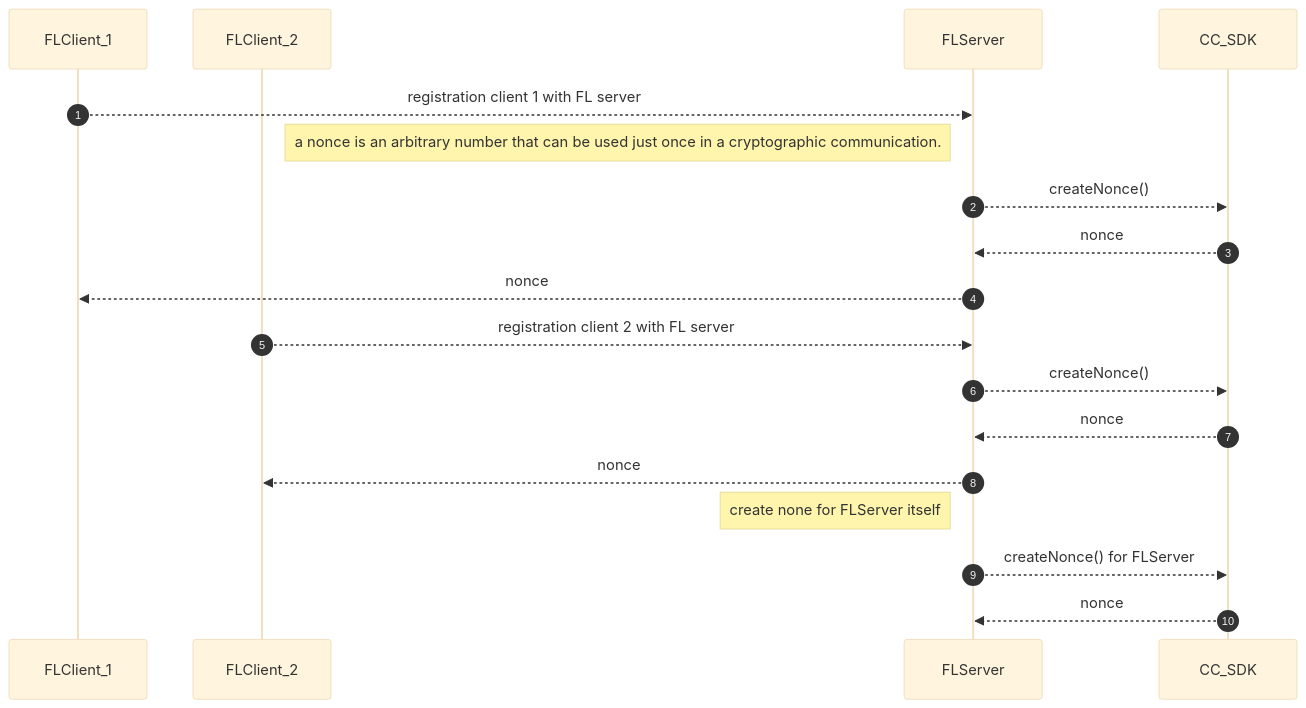
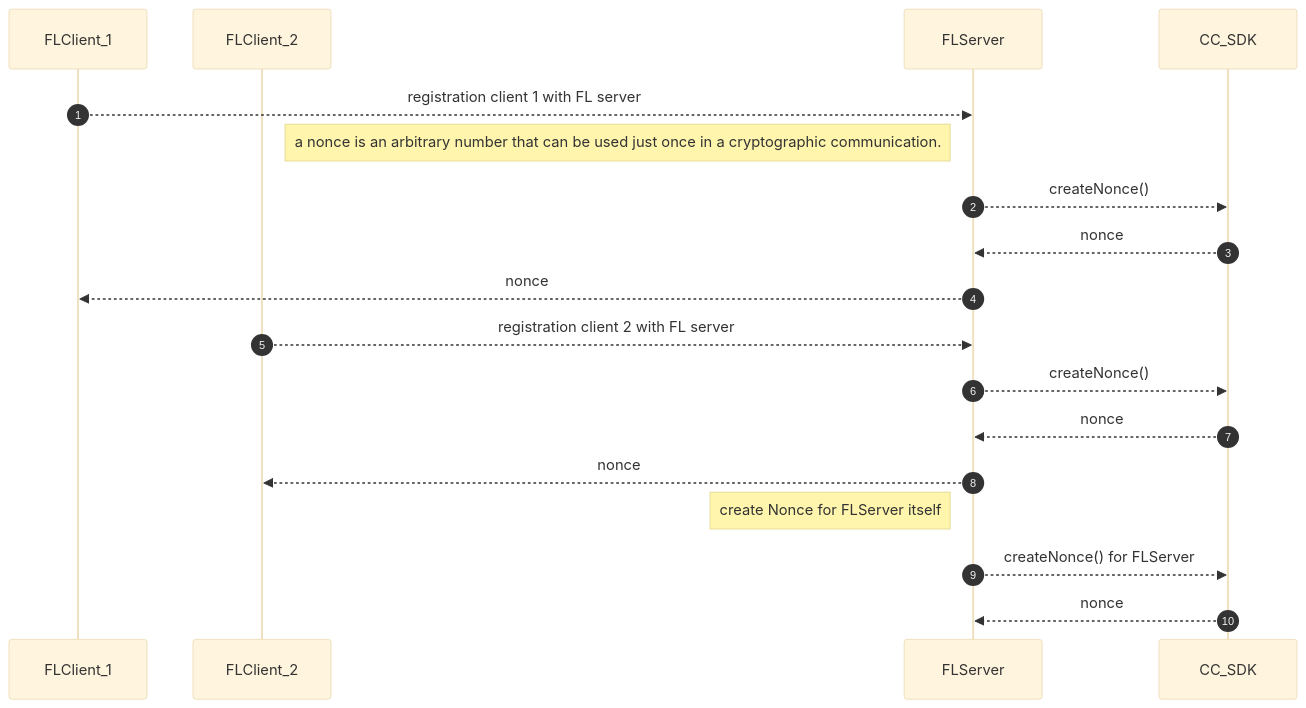
Before and after one commit to hitesh-ag1/NVFlare: the fourth of 5 diagrams in docs/confidential_computing/detailed_cc_sequence_diagram.md, drawn with Mermaid (base theme).

Commit message:
Sequence diagram for CC

````diff
--- a/docs/confidential_computing/detailed_cc_sequence_diagram.md
+++ b/docs/confidential_computing/detailed_cc_sequence_diagram.md
@@ -78,24 +78,24 @@
 ```mermaid
 sequenceDiagram
    autonumber
     participant FLClient_1
     participant FLClient_2
     participant FLServer
     participant CC_SDK
  
     FLClient_1 -->> FLServer: registration client 1 with FL server
     Note left of FLServer: a nonce is an arbitrary number that can be used just once in a cryptographic communication.
     FLServer -->> CC_SDK : createNonce() 
     CC_SDK -->> FLServer : nonce
     FLServer -->> FLClient_1 : nonce
     
     FLClient_2 -->> FLServer: registration client 2 with FL server
     FLServer -->> CC_SDK : createNonce() 
     CC_SDK -->> FLServer : nonce
     FLServer -->> FLClient_2 : nonce
     
-    Note left of FLServer: create none for FLServer itself
+    Note left of FLServer: create Nonce for FLServer itself
     FLServer -->> CC_SDK : createNonce() for FLServer 
     CC_SDK -->> FLServer : nonce
        
 ```
````
